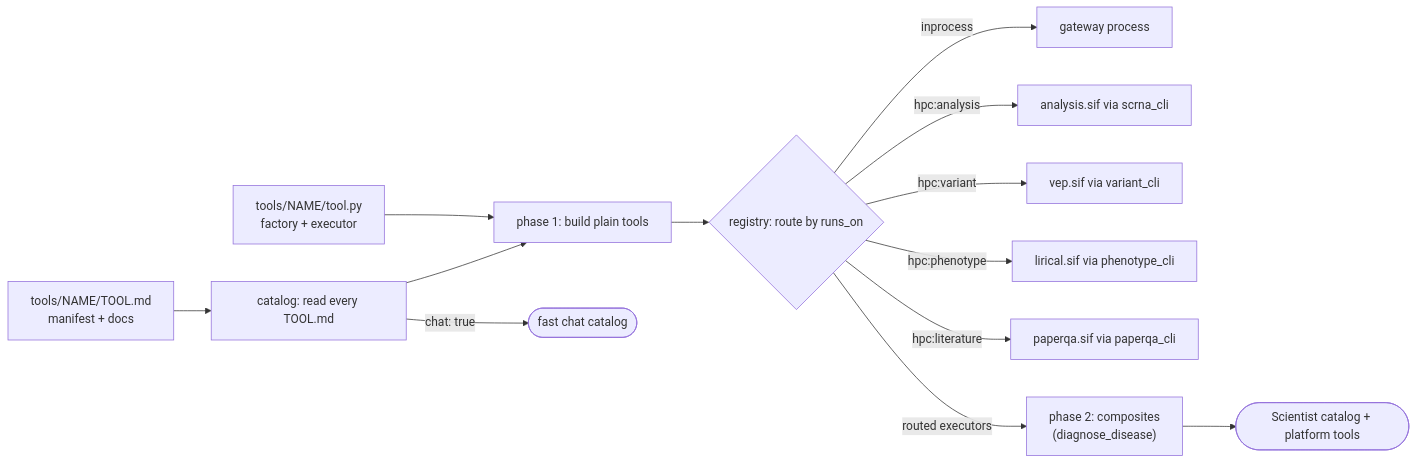
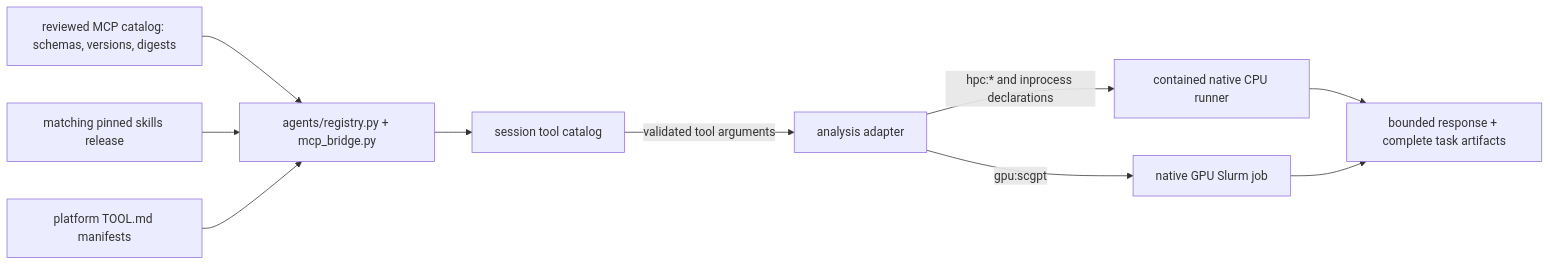
Before and after one commit to RCHENLAB/AiScientist: the fourth of 4 diagrams in docs/architecture/README.md, drawn with Mermaid. The commit also changed other lines of this file and 255 other files, not shown here.

First line of the commit message:
Retire the built-in scientific tools: all run from MCP servers on HPC3

````diff
--- a/docs/architecture/README.md
+++ b/docs/architecture/README.md
@@ -178,15 +190,12 @@
 ```mermaid
 flowchart LR
-    md["tools/NAME/TOOL.md<br/>manifest + docs"] --> discover["catalog: read every TOOL.md"]
-    py["tools/NAME/tool.py<br/>factory + executor"] --> plain["phase 1: build plain tools"]
-    discover --> plain
-    plain --> route{"registry: route by runs_on"}
-    route -->|"inprocess"| inproc["gateway process"]
-    route -->|"hpc:analysis"| a["analysis.sif via scrna_cli"]
-    route -->|"hpc:variant"| v["vep.sif via variant_cli"]
-    route -->|"hpc:phenotype"| p["lirical.sif via phenotype_cli"]
-    route -->|"hpc:literature"| l["paperqa.sif via paperqa_cli"]
-    route -->|"routed executors"| comp["phase 2: composites<br/>(diagnose_disease)"]
-    comp --> catalog(["Scientist catalog + platform tools"])
-    discover -->|"chat: true"| chat(["fast chat catalog"])
+    pins["reviewed MCP catalog: schemas, versions, digests"] --> registry["agents/registry.py + mcp_bridge.py"]
+    skills["matching pinned skills release"] --> registry
+    platform["platform TOOL.md manifests"] --> registry
+    registry --> catalog["session tool catalog"]
+    catalog -->|"validated tool arguments"| adapter["analysis adapter"]
+    adapter -->|"hpc:* and inprocess declarations"| cpu["contained native CPU runner"]
+    adapter -->|"gpu:scgpt"| gpu["native GPU Slurm job"]
+    cpu --> evidence["bounded response + complete task artifacts"]
+    gpu --> evidence
 ```
````
